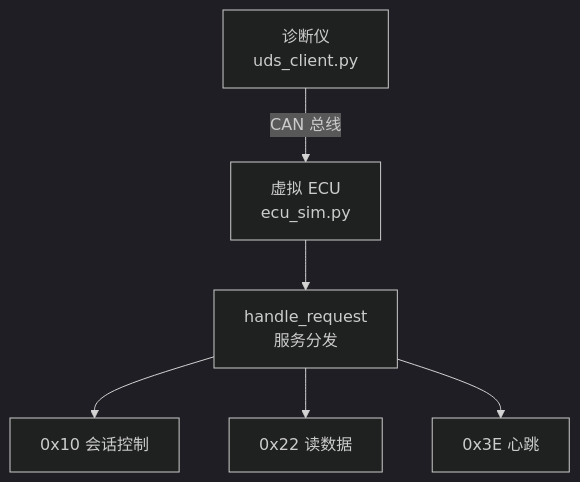
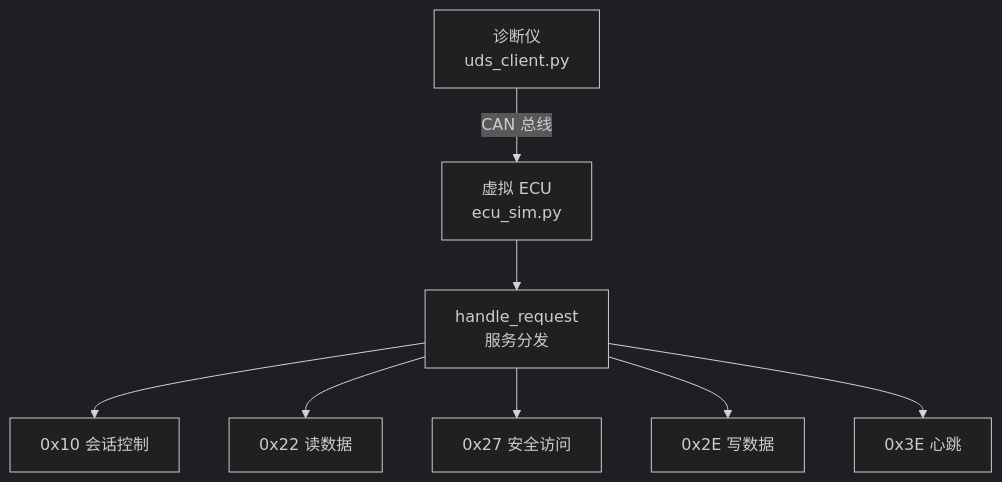
The diagram in docs/README.md (ycm-123/uds-diagnostic-tool), drawn with Mermaid (dark theme) before and after one commit. The commit also changed other lines of this file, not shown here.

````diff
--- a/docs/README.md
+++ b/docs/README.md
@@ -1,8 +11,10 @@
 ```mermaid
 graph TD
     A[诊断仪<br/>uds_client.py] -->|CAN 总线| B[虚拟 ECU<br/>ecu_sim.py]
     B --> C[handle_request<br/>服务分发]
     C --> D[0x10 会话控制]
     C --> E[0x22 读数据]
-    C --> F[0x3E 心跳]
+    C --> F[0x27 安全访问]
+    C --> G[0x2E 写数据]
+    C --> H[0x3E 心跳]
 ```
````
